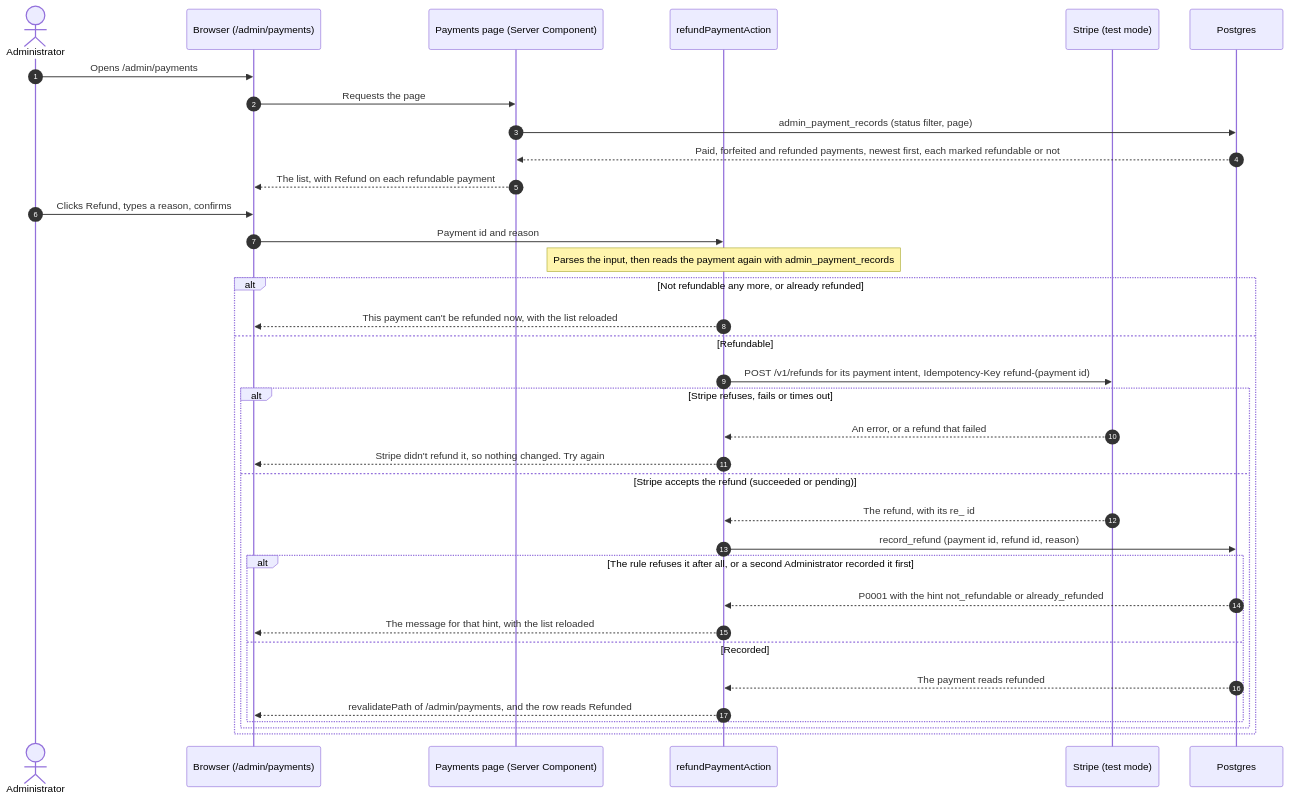
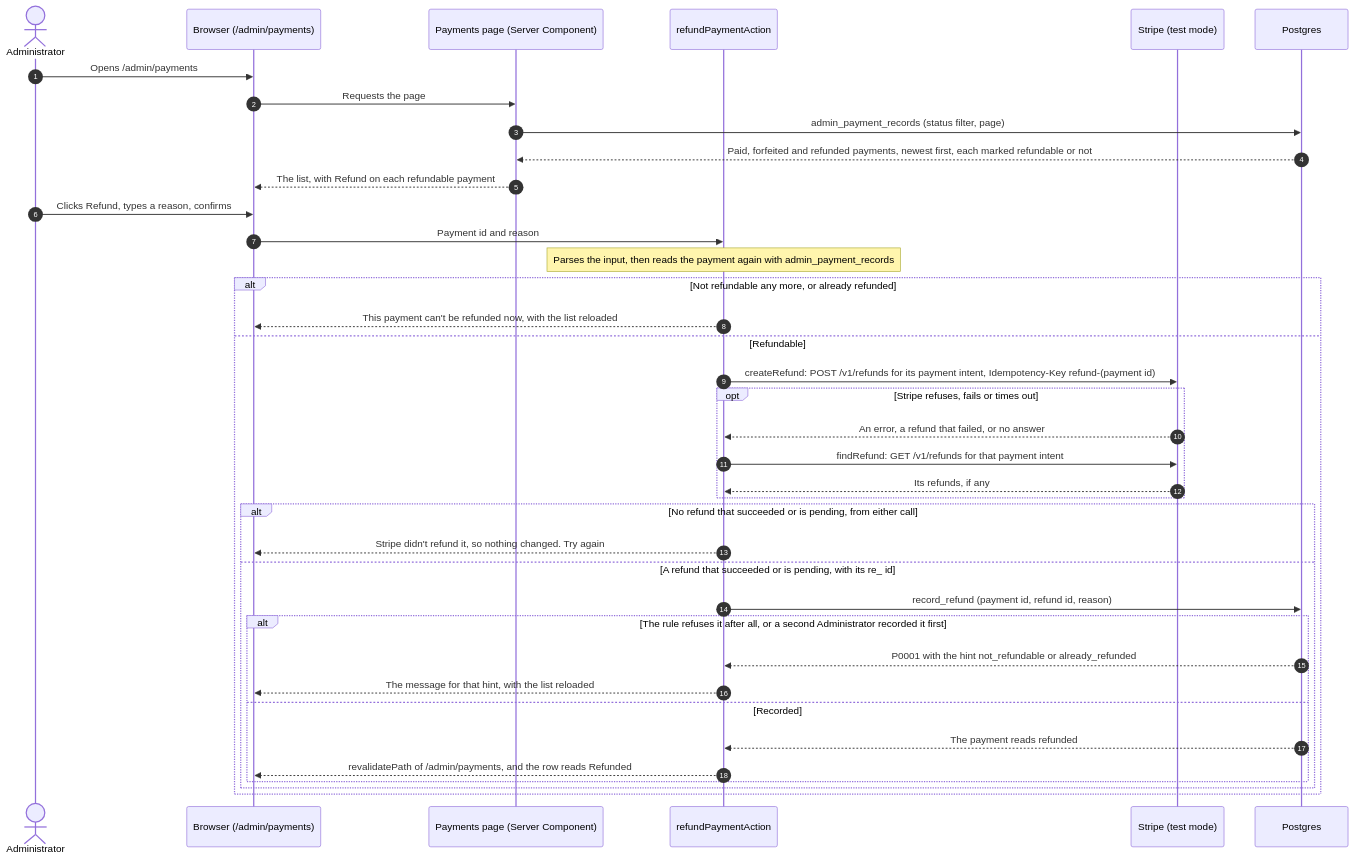
The diagram in docs/design/STORY-14-admin-console.md (dreeyanzz/studyhub), drawn with Mermaid before and after one commit. The commit also changed other lines of this file and 1 other file, not shown here.

First line of the commit message:
docs(STORY-14): draw findRefund in the refund flow

````diff
--- a/docs/design/STORY-14-admin-console.md
+++ b/docs/design/STORY-14-admin-console.md
@@ -75,37 +75,40 @@
 ```mermaid
 sequenceDiagram
     autonumber
     actor A as Administrator
     participant B as Browser (/admin/payments)
     participant P as Payments page (Server Component)
     participant SA as refundPaymentAction
     participant ST as Stripe (test mode)
     participant DB as Postgres
     A->>B: Opens /admin/payments
     B->>P: Requests the page
     P->>DB: admin_payment_records (status filter, page)
     DB-->>P: Paid, forfeited and refunded payments, newest first, each marked refundable or not
     P-->>B: The list, with Refund on each refundable payment
     A->>B: Clicks Refund, types a reason, confirms
     B->>SA: Payment id and reason
     Note over SA: Parses the input, then reads the payment again with admin_payment_records
     alt Not refundable any more, or already refunded
         SA-->>B: This payment can't be refunded now, with the list reloaded
     else Refundable
-        SA->>ST: POST /v1/refunds for its payment intent, Idempotency-Key refund-(payment id)
-        alt Stripe refuses, fails or times out
-            ST-->>SA: An error, or a refund that failed
+        SA->>ST: createRefund: POST /v1/refunds for its payment intent, Idempotency-Key refund-(payment id)
+        opt Stripe refuses, fails or times out
+            ST-->>SA: An error, a refund that failed, or no answer
+            SA->>ST: findRefund: GET /v1/refunds for that payment intent
+            ST-->>SA: Its refunds, if any
+        end
+        alt No refund that succeeded or is pending, from either call
             SA-->>B: Stripe didn't refund it, so nothing changed. Try again
-        else Stripe accepts the refund (succeeded or pending)
-            ST-->>SA: The refund, with its re_ id
+        else A refund that succeeded or is pending, with its re_ id
             SA->>DB: record_refund (payment id, refund id, reason)
             alt The rule refuses it after all, or a second Administrator recorded it first
                 DB-->>SA: P0001 with the hint not_refundable or already_refunded
                 SA-->>B: The message for that hint, with the list reloaded
             else Recorded
                 DB-->>SA: The payment reads refunded
                 SA-->>B: revalidatePath of /admin/payments, and the row reads Refunded
             end
         end
     end
 ```
````
